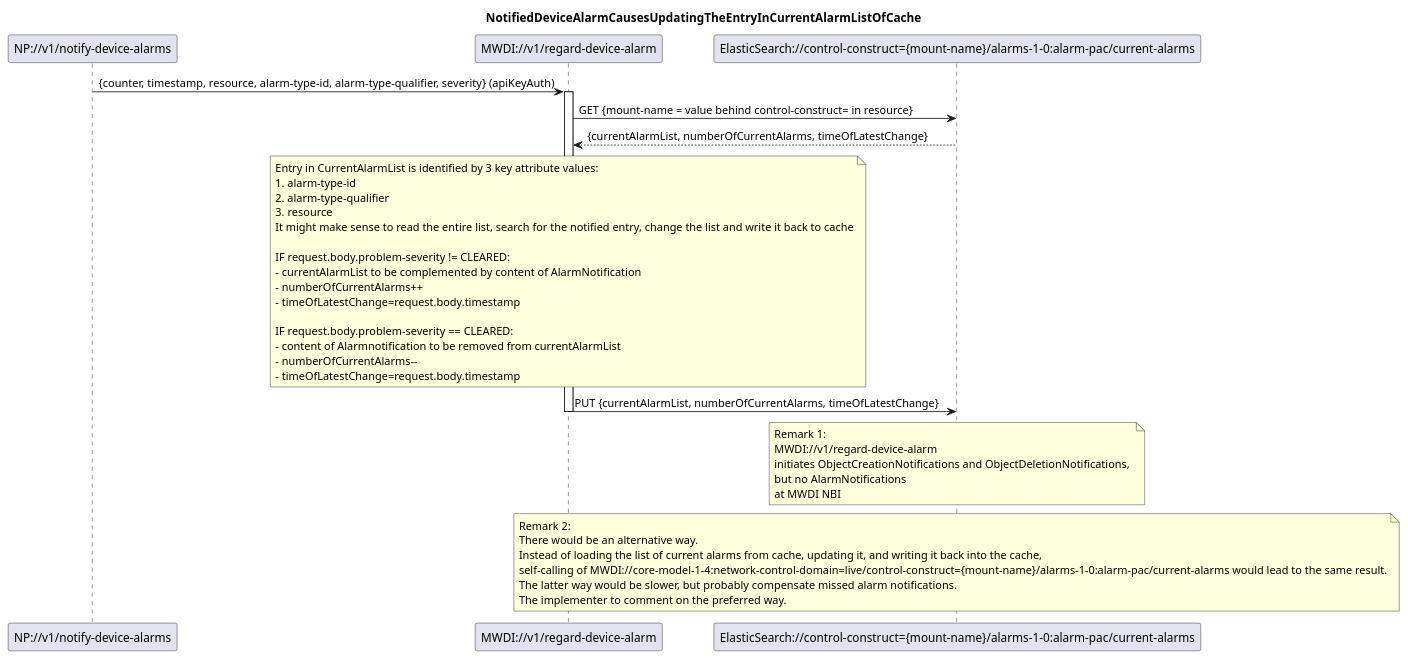
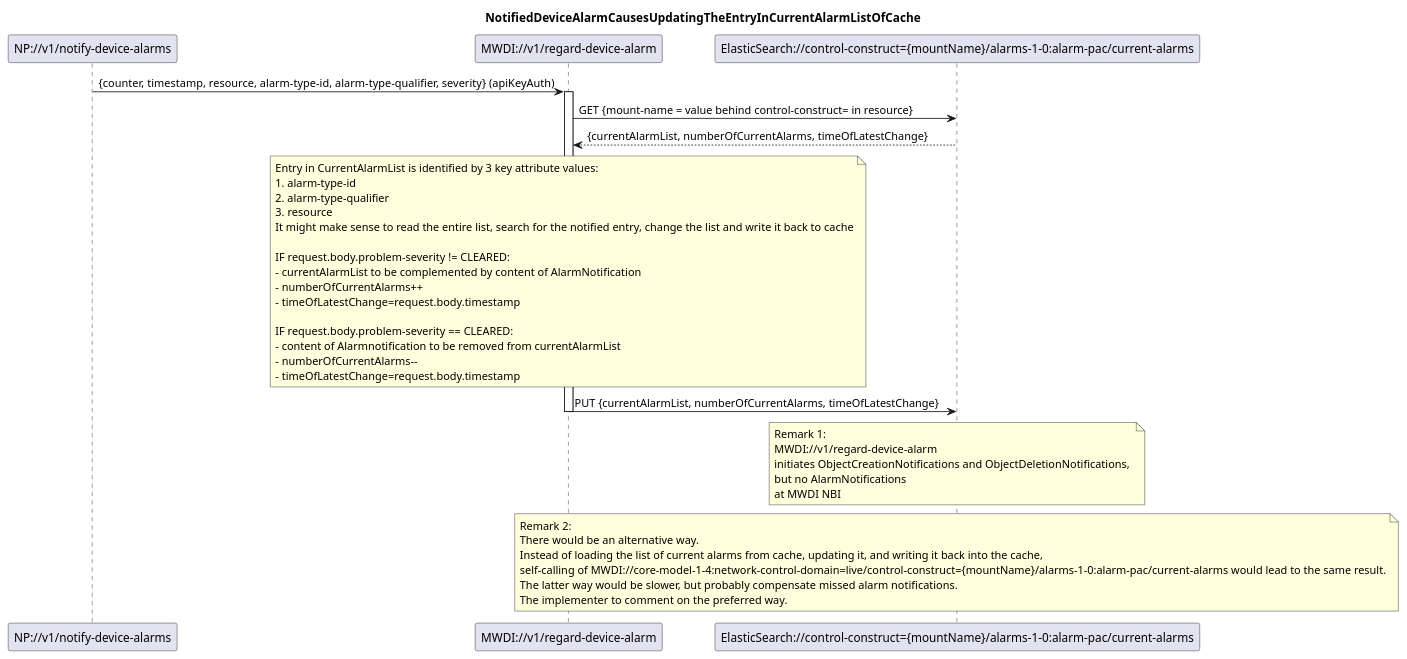
The diagram in spec/diagrams/022_NotificationBasedAlarmListUpdate.plantuml (openBackhaul/MicroWaveDeviceInventory), drawn with PlantUML before and after one commit. The commit also changed 42 other files, not shown here.

```diff
--- a/spec/diagrams/022_NotificationBasedAlarmListUpdate.plantuml
+++ b/spec/diagrams/022_NotificationBasedAlarmListUpdate.plantuml
@@ -1,55 +1,55 @@
 @startuml 022_NotificationBasedAlarmListUpdate
 
 skinparam responseMessageBelowArrow true
 
 title NotifiedDeviceAlarmCausesUpdatingTheEntryInCurrentAlarmListOfCache
 
 participant "NP://v1/notify-device-alarms" as subscription
 participant "MWDI://v1/regard-device-alarm" as regardAlarm
-participant "ElasticSearch://control-construct={mount-name}/alarms-1-0:alarm-pac/current-alarms" as CurrentAlarms
+participant "ElasticSearch://control-construct={mountName}/alarms-1-0:alarm-pac/current-alarms" as CurrentAlarms
 
 subscription -> regardAlarm: {counter, timestamp, resource, alarm-type-id, alarm-type-qualifier, severity} (apiKeyAuth)
 activate regardAlarm
 
 regardAlarm -> CurrentAlarms: GET {mount-name = value behind control-construct= in resource}
 CurrentAlarms --> regardAlarm: {currentAlarmList, numberOfCurrentAlarms, timeOfLatestChange}
 
 note over regardAlarm
 Entry in CurrentAlarmList is identified by 3 key attribute values:
 1. alarm-type-id
 2. alarm-type-qualifier
 3. resource
 It might make sense to read the entire list, search for the notified entry, change the list and write it back to cache
 
 IF request.body.problem-severity != CLEARED:
 - currentAlarmList to be complemented by content of AlarmNotification
 - numberOfCurrentAlarms++
 - timeOfLatestChange=request.body.timestamp
 
 IF request.body.problem-severity == CLEARED:
 - content of Alarmnotification to be removed from currentAlarmList
 - numberOfCurrentAlarms--
 - timeOfLatestChange=request.body.timestamp
 end note
 
 regardAlarm -> CurrentAlarms: PUT {currentAlarmList, numberOfCurrentAlarms, timeOfLatestChange}
 deactivate regardAlarm
 
 note over CurrentAlarms
 Remark 1: 
 MWDI://v1/regard-device-alarm 
 initiates ObjectCreationNotifications and ObjectDeletionNotifications, 
 but no AlarmNotifications 
 at MWDI NBI
 end note
 
 note over CurrentAlarms
 Remark 2: 
 There would be an alternative way.
 Instead of loading the list of current alarms from cache, updating it, and writing it back into the cache,
-self-calling of MWDI://core-model-1-4:network-control-domain=live/control-construct={mount-name}/alarms-1-0:alarm-pac/current-alarms would lead to the same result.
+self-calling of MWDI://core-model-1-4:network-control-domain=live/control-construct={mountName}/alarms-1-0:alarm-pac/current-alarms would lead to the same result.
 The latter way would be slower, but probably compensate missed alarm notifications.
 The implementer to comment on the preferred way.
 end note
 
 @enduml
```
